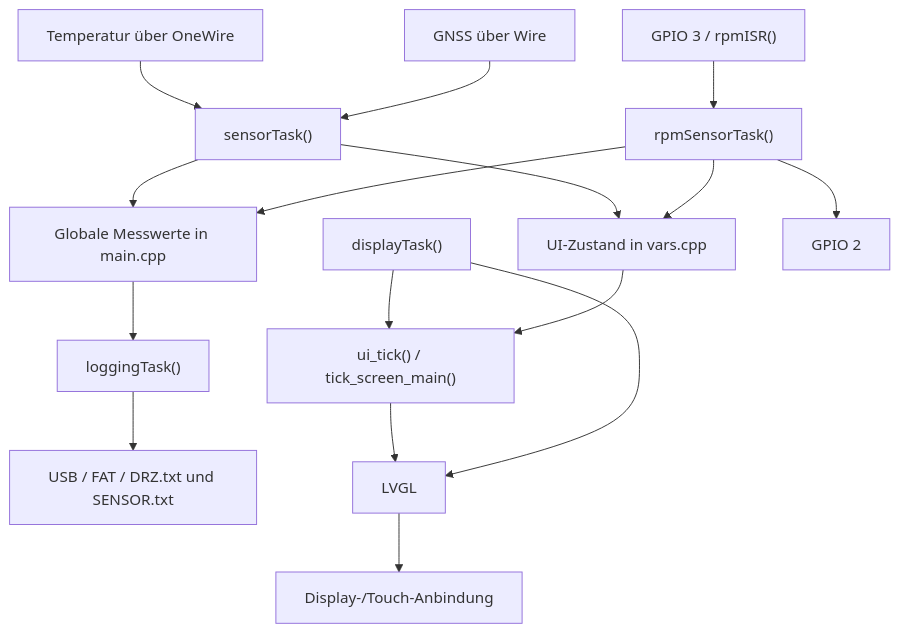
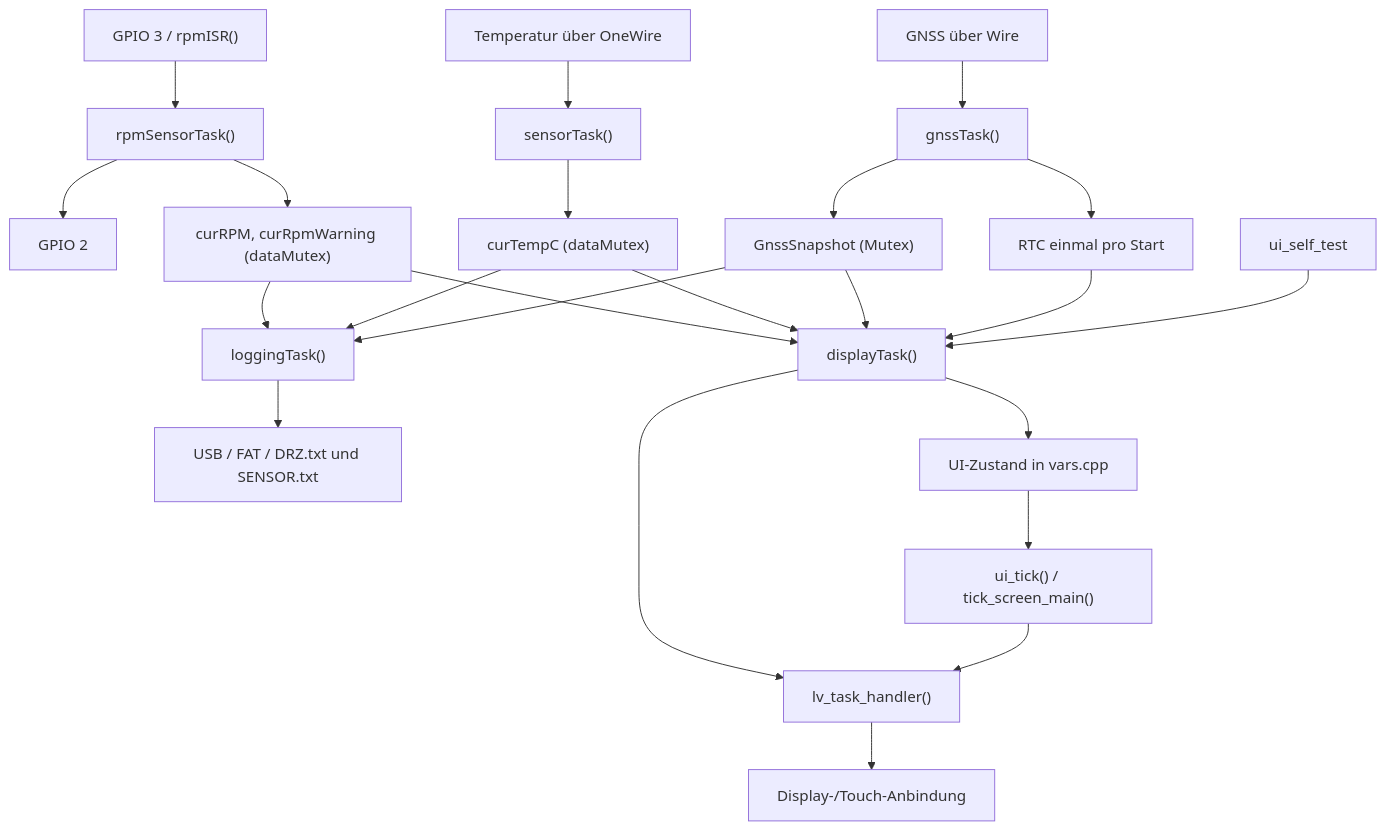
One commit to pdjip/mofa_tacho changed the diagram in docs/architecture.md. Above: the diagram before and after it, drawn with Mermaid. The commit also changed other lines of this file and 11 other files, not shown here.

````diff
--- a/docs/architecture.md
+++ b/docs/architecture.md
@@ -137,18 +169,25 @@
 ```mermaid
 flowchart TD
     GPIO["GPIO 3 / rpmISR()"] --> RPM["rpmSensorTask()"]
-    GNSS["GNSS über Wire"] --> SENSOR["sensorTask()"]
-    TEMP["Temperatur über OneWire"] --> SENSOR
-    RPM --> RAW["Globale Messwerte in main.cpp"]
-    SENSOR --> RAW
+    RPM --> OUT["GPIO 2"]
+    RPM --> RAW["curRPM, curRpmWarning (dataMutex)"]
+    TEMP["Temperatur über OneWire"] --> SENSOR["sensorTask()"]
+    SENSOR --> RAWT["curTempC (dataMutex)"]
+    GNSS["GNSS über Wire"] --> GTASK["gnssTask()"]
+    GTASK --> SNAP["GnssSnapshot (Mutex)"]
+    GTASK --> RTC["RTC einmal pro Start"]
     RAW --> LOG["loggingTask()"]
+    RAWT --> LOG
+    SNAP --> LOG
     LOG --> USB["USB / FAT / DRZ.txt und SENSOR.txt"]
-    RPM --> MODEL["UI-Zustand in vars.cpp"]
-    SENSOR --> MODEL
+    RAW --> DISPLAY["displayTask()"]
+    RAWT --> DISPLAY
+    SNAP --> DISPLAY
+    RTC --> DISPLAY
+    TEST["ui_self_test"] --> DISPLAY
+    DISPLAY --> MODEL["UI-Zustand in vars.cpp"]
     MODEL --> TICK["ui_tick() / tick_screen_main()"]
-    DISPLAY["displayTask()"] --> TICK
-    DISPLAY --> LVGL["LVGL"]
+    DISPLAY --> LVGL["lv_task_handler()"]
     TICK --> LVGL
     LVGL --> VIDEO["Display-/Touch-Anbindung"]
-    RPM --> OUT["GPIO 2"]
 ```
````
